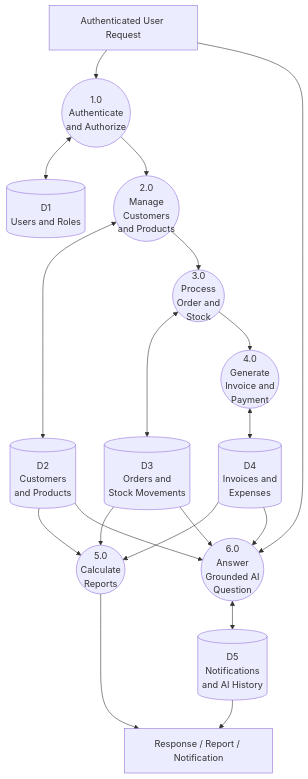
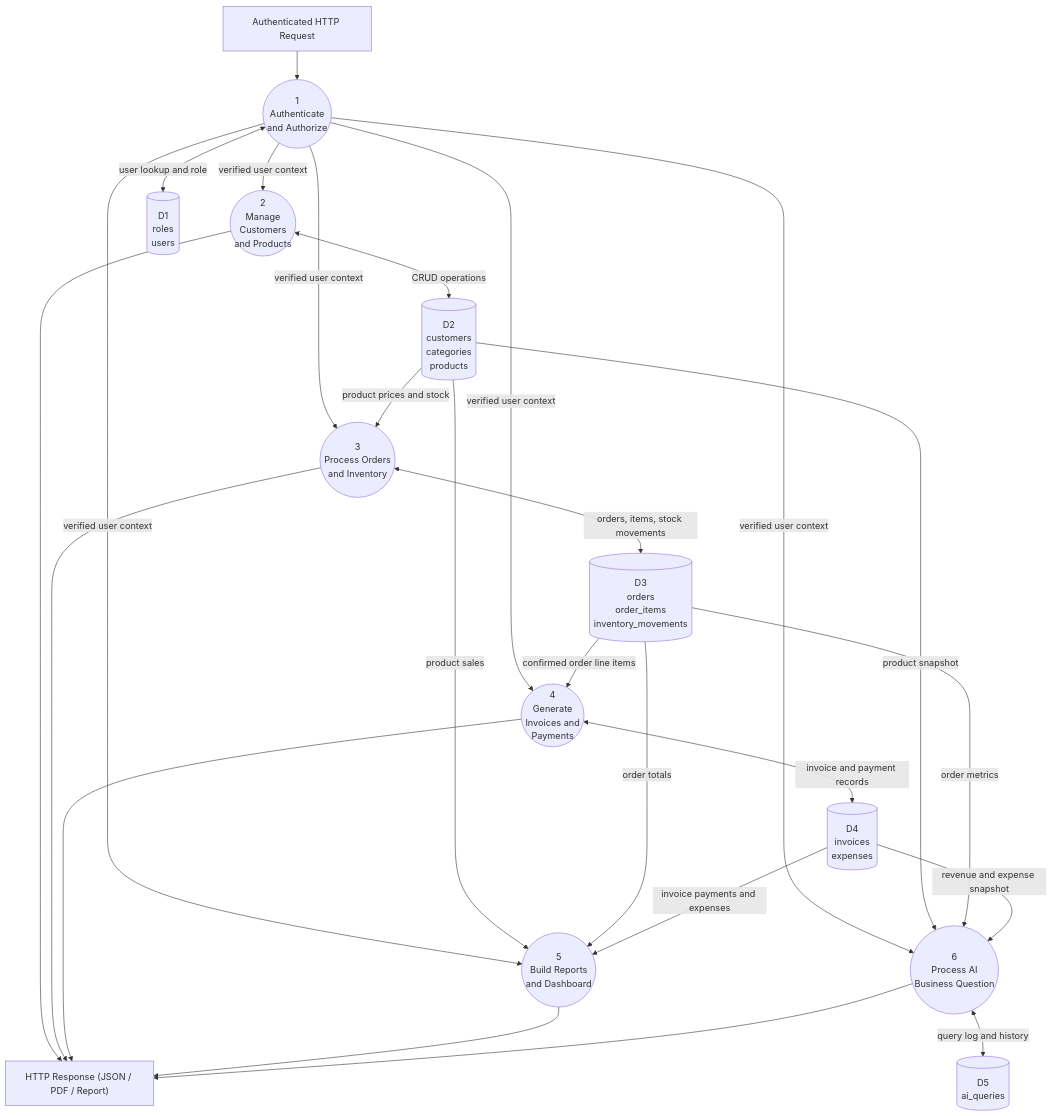
The fourth of 12 diagrams in docs/design-diagrams/ALL-DIAGRAMS.md (hyperS777/BizAI), drawn with Mermaid before and after one commit. The commit also changed other lines of this file and 22 other files, not shown here.

Commit message:
feat: add backend report service and system design diagrams

````diff
--- a/docs/design-diagrams/ALL-DIAGRAMS.md
+++ b/docs/design-diagrams/ALL-DIAGRAMS.md
@@ -120,37 +155,48 @@
 ```mermaid
 flowchart TB
-    Input["Authenticated User Request"]
-    Output["Response / Report / Notification"]
+    IN["Authenticated HTTP Request"]
+    OUT["HTTP Response (JSON / PDF / Report)"]
 
-    P1(("1.0\nAuthenticate\nand Authorize"))
-    P2(("2.0\nManage\nCustomers\nand Products"))
-    P3(("3.0\nProcess\nOrder and\nStock"))
-    P4(("4.0\nGenerate\nInvoice and\nPayment"))
-    P5(("5.0\nCalculate\nReports"))
-    P6(("6.0\nAnswer\nGrounded AI\nQuestion"))
+    P1(("1\nAuthenticate\nand Authorize"))
+    P2(("2\nManage\nCustomers\nand Products"))
+    P3(("3\nProcess Orders\nand Inventory"))
+    P4(("4\nGenerate\nInvoices and\nPayments"))
+    P5(("5\nBuild Reports\nand Dashboard"))
+    P6(("6\nProcess AI\nBusiness Question"))
 
-    D1[("D1\nUsers and Roles")]
-    D2[("D2\nCustomers\nand Products")]
-    D3[("D3\nOrders and\nStock Movements")]
-    D4[("D4\nInvoices and\nExpenses")]
-    D5[("D5\nNotifications\nand AI History")]
+    D1[("D1\nroles\nusers")]
+    D2[("D2\ncustomers\ncategories\nproducts")]
+    D3[("D3\norders\norder_items\ninventory_movements")]
+    D4[("D4\ninvoices\nexpenses")]
+    D5[("D5\nai_queries")]
 
-    Input --> P1
-    P1 <--> D1
-    P1 --> P2
-    P2 <--> D2
-    P2 --> P3
-    P3 <--> D3
-    P3 --> P4
-    P4 <--> D4
-    D2 --> P5
-    D3 --> P5
-    D4 --> P5
-    P5 --> Output
-    Input --> P6
-    D2 --> P6
-    D3 --> P6
-    D4 --> P6
-    P6 <--> D5
-    D5 --> Output
+    IN --> P1
+    P1 <-->|"user lookup and role"| D1
+    P1 -->|"verified user context"| P2
+    P1 -->|"verified user context"| P3
+    P1 -->|"verified user context"| P4
+    P1 -->|"verified user context"| P5
+    P1 -->|"verified user context"| P6
+
+    P2 <-->|"CRUD operations"| D2
+    P2 --> OUT
+
+    D2 -->|"product prices and stock"| P3
+    P3 <-->|"orders, items, stock movements"| D3
+    P3 --> OUT
+
+    D3 -->|"confirmed order line items"| P4
+    P4 <-->|"invoice and payment records"| D4
+    P4 --> OUT
+
+    D2 -->|"product sales"| P5
+    D3 -->|"order totals"| P5
+    D4 -->|"invoice payments and expenses"| P5
+    P5 --> OUT
+
+    D2 -->|"product snapshot"| P6
+    D3 -->|"order metrics"| P6
+    D4 -->|"revenue and expense snapshot"| P6
+    P6 <-->|"query log and history"| D5
+    P6 --> OUT
 ```
````
